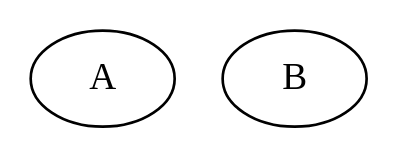
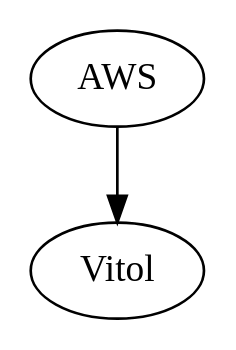
One commit to SolomonTracker/bobstracker changed the diagram in demo/.graph.gv. Above: the diagram before and after it, drawn with Graphviz. The commit also changed 6 other files, not shown here.

```diff
--- a/demo/.graph.gv
+++ b/demo/.graph.gv
@@ -1,5 +1,6 @@
 // Package Life Graph
 digraph {
-	A
-	B
+	AWS
+	Vitol
+	AWS -> Vitol
 }
```
